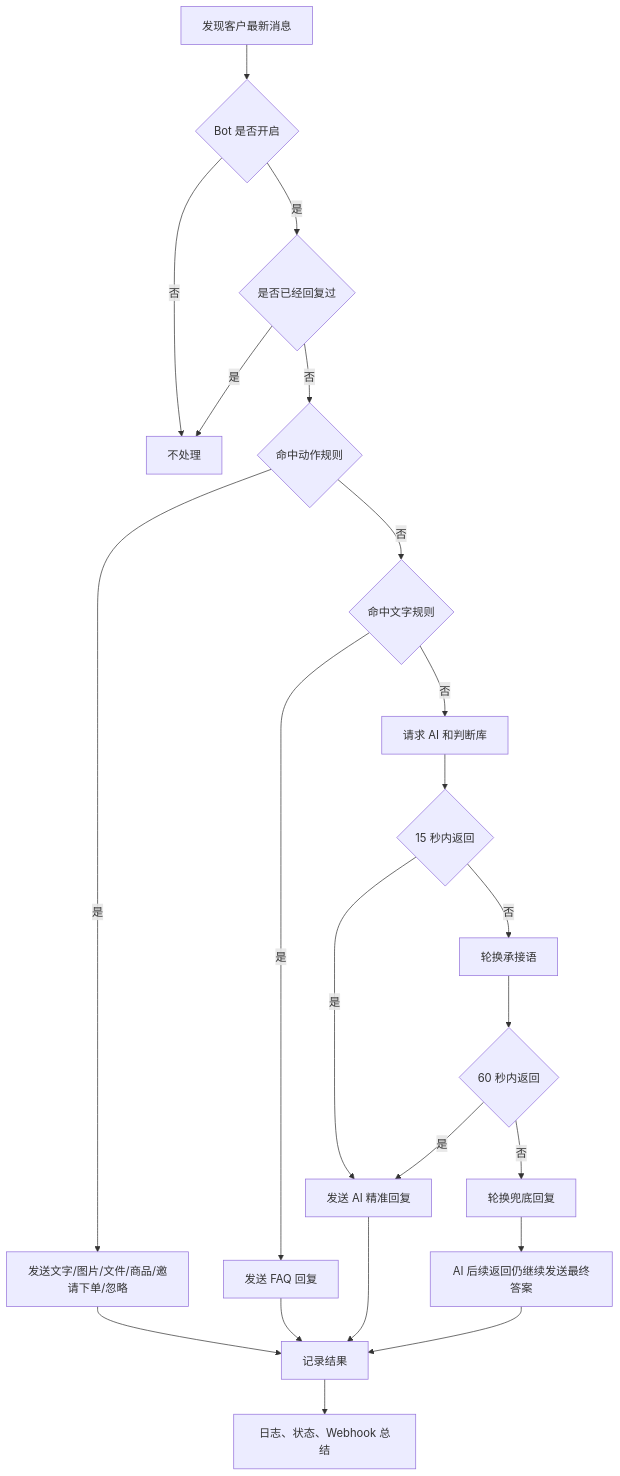
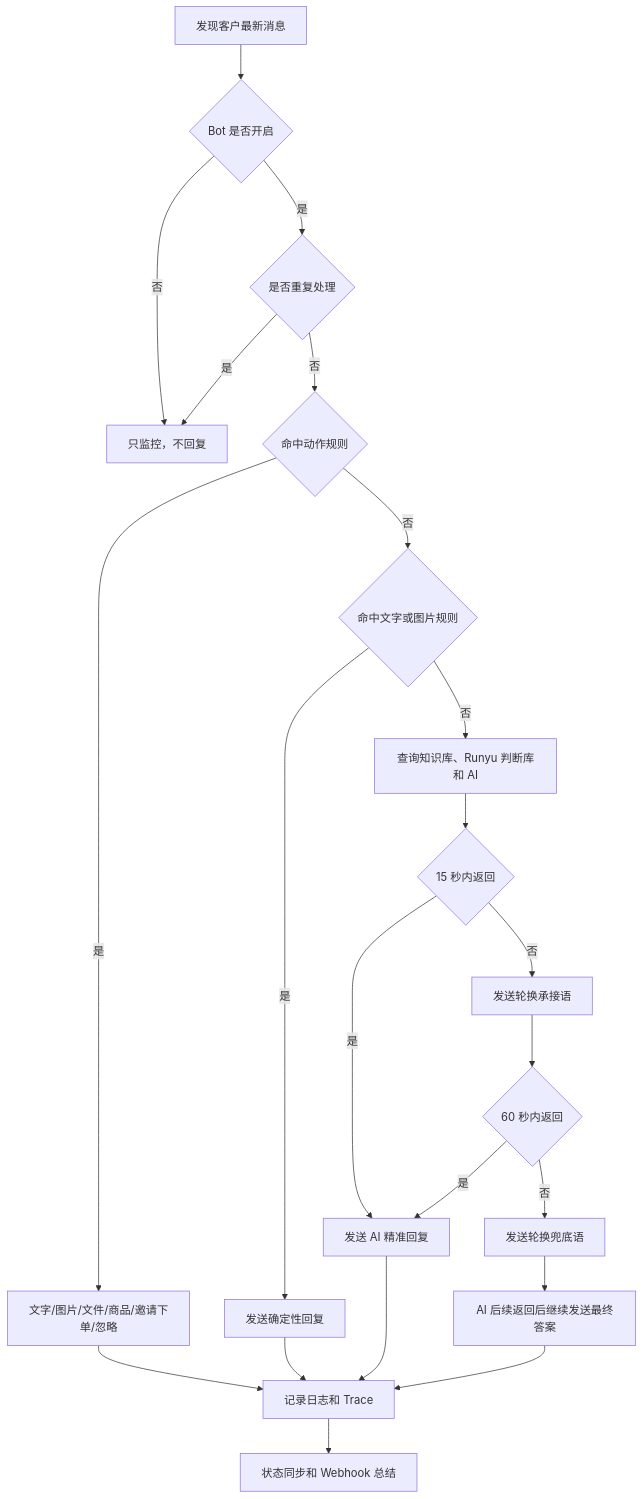
One commit to JahanHe/wechat-autoreply changed the diagram in README.md. Above: the diagram before and after it, drawn with Mermaid. The commit also changed other lines of this file and 16 other files, not shown here.

````diff
--- a/README.md
+++ b/README.md
@@ -103,24 +66,24 @@
 ```mermaid
 flowchart TD
   A["发现客户最新消息"] --> B{"Bot 是否开启"}
-  B -- "否" --> Z["不处理"]
-  B -- "是" --> C{"是否已经回复过"}
+  B -- "否" --> Z["只监控，不回复"]
+  B -- "是" --> C{"是否重复处理"}
   C -- "是" --> Z
   C -- "否" --> D{"命中动作规则"}
-  D -- "是" --> E["发送文字/图片/文件/商品/邀请下单/忽略"]
-  D -- "否" --> F{"命中文字规则"}
-  F -- "是" --> G["发送 FAQ 回复"]
-  F -- "否" --> H["请求 AI 和判断库"]
+  D -- "是" --> E["文字/图片/文件/商品/邀请下单/忽略"]
+  D -- "否" --> F{"命中文字或图片规则"}
+  F -- "是" --> G["发送确定性回复"]
+  F -- "否" --> H["查询知识库、Runyu 判断库和 AI"]
   H --> I{"15 秒内返回"}
   I -- "是" --> J["发送 AI 精准回复"]
-  I -- "否" --> K["轮换承接语"]
+  I -- "否" --> K["发送轮换承接语"]
   K --> L{"60 秒内返回"}
   L -- "是" --> J
-  L -- "否" --> M["轮换兜底回复"]
-  M --> N["AI 后续返回仍继续发送最终答案"]
-  E --> R["记录结果"]
+  L -- "否" --> M["发送轮换兜底语"]
+  M --> N["AI 后续返回后继续发送最终答案"]
+  E --> R["记录日志和 Trace"]
   G --> R
   J --> R
   N --> R
-  R --> S["日志、状态、Webhook 总结"]
+  R --> S["状态同步和 Webhook 总结"]
 ```
````
